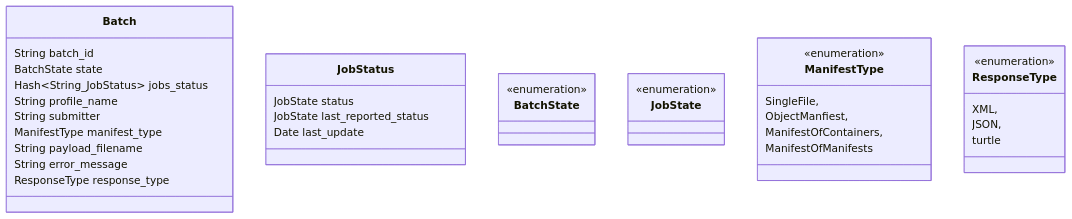
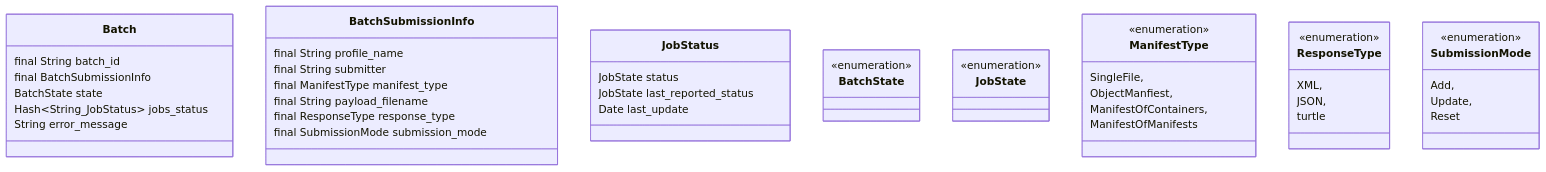
One commit to CDLUC3/mrt-doc changed the second of 4 diagrams in design/queue-2023/states.md. Above: the diagram before and after it, drawn with Mermaid. The commit also changed other lines of this file, not shown here.

````diff
--- a/design/queue-2023/states.md
+++ b/design/queue-2023/states.md
@@ -49,38 +49,48 @@
 ```mermaid
 classDiagram
   class Batch {
-    String batch_id
+    final String batch_id
+    final BatchSubmissionInfo
     BatchState state
     Hash~String_JobStatus~ jobs_status
-    String profile_name
-    String submitter
-    ManifestType manifest_type
-    String payload_filename
     String error_message
-    ResponseType response_type
+  }
+  class BatchSubmissionInfo {
+    final String profile_name
+    final String submitter
+    final ManifestType manifest_type
+    final String payload_filename
+    final ResponseType response_type
+    final SubmissionMode submission_mode
   }
   class JobStatus {
     JobState status
     JobState last_reported_status
     Date last_update
   }
   class BatchState{
     <<enumeration>>
   }
   class JobState{
     <<enumeration>>
   }
   class ManifestType{
     <<enumeration>>
     SingleFile,
     ObjectManfiest,
     ManifestOfContainers,
     ManifestOfManifests
   }
   class ResponseType{
     <<enumeration>>
     XML,
     JSON,
     turtle
   }
+  class SubmissionMode{
+    <<enumeration>>
+    Add,
+    Update,
+    Reset
+  }
 ```
````
